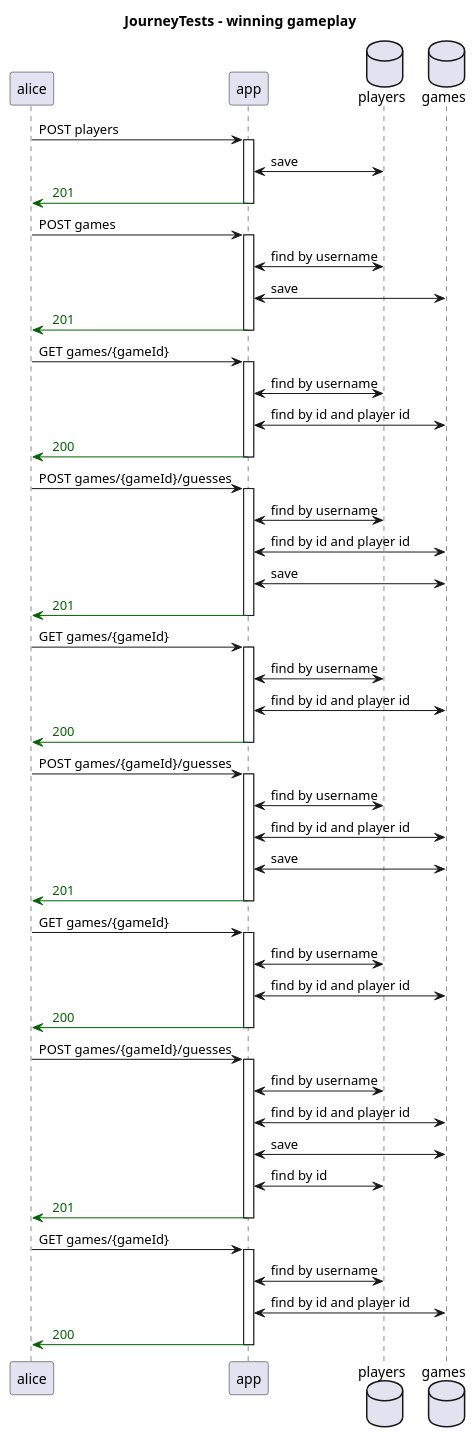
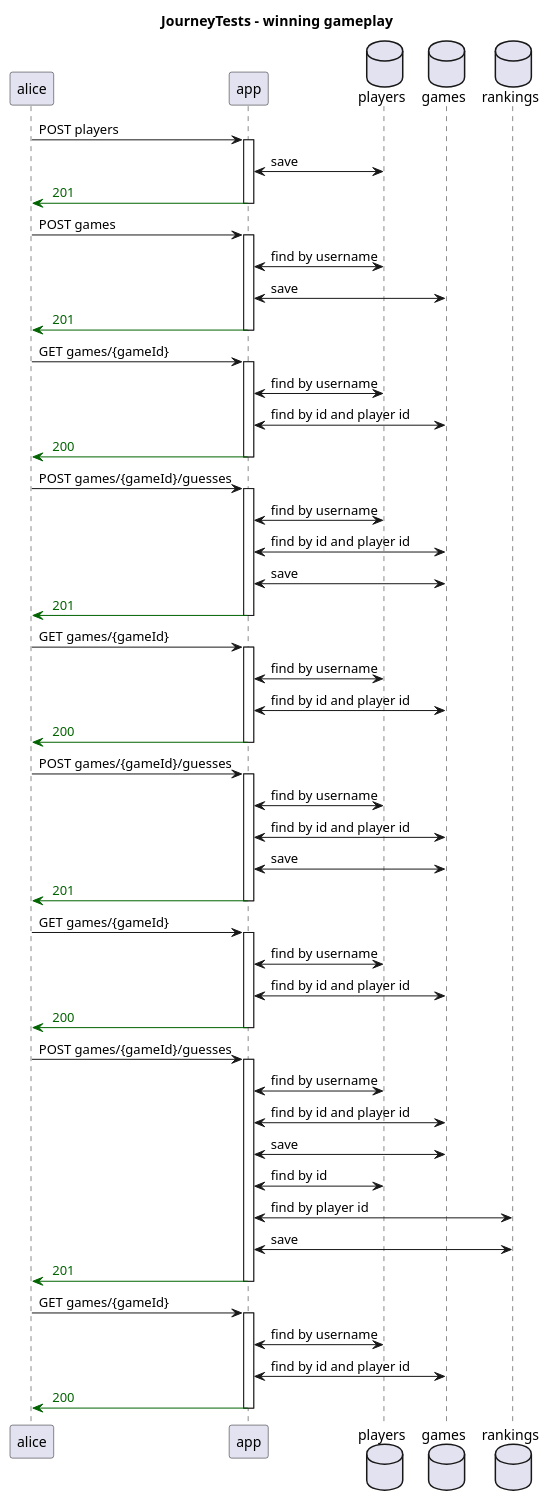
The diagram in docs/system/generated/JourneyTests - winning gameplay - Sequence.puml (th3n3rd/http4k-playground), drawn with PlantUML before and after one commit. The commit also changed 6 other files, not shown here.

```diff
--- a/docs/system/generated/JourneyTests - winning gameplay - Sequence.puml
+++ b/docs/system/generated/JourneyTests - winning gameplay - Sequence.puml
@@ -1,64 +1,67 @@
 @startuml
 title JourneyTests - winning gameplay
 participant "alice"
 participant "app"
 database "players"
 database "games"
+database "rankings"
 "alice" -> "app": POST players
 activate "app"
 "app" <-> "players": save
 "app" -[#DarkGreen]> "alice": <color:DarkGreen> 201 
 deactivate "app"
 "alice" -> "app": POST games
 activate "app"
 "app" <-> "players": find by username
 "app" <-> "games": save
 "app" -[#DarkGreen]> "alice": <color:DarkGreen> 201 
 deactivate "app"
 "alice" -> "app": GET games/{gameId}
 activate "app"
 "app" <-> "players": find by username
 "app" <-> "games": find by id and player id
 "app" -[#DarkGreen]> "alice": <color:DarkGreen> 200 
 deactivate "app"
 "alice" -> "app": POST games/{gameId}/guesses
 activate "app"
 "app" <-> "players": find by username
 "app" <-> "games": find by id and player id
 "app" <-> "games": save
 "app" -[#DarkGreen]> "alice": <color:DarkGreen> 201 
 deactivate "app"
 "alice" -> "app": GET games/{gameId}
 activate "app"
 "app" <-> "players": find by username
 "app" <-> "games": find by id and player id
 "app" -[#DarkGreen]> "alice": <color:DarkGreen> 200 
 deactivate "app"
 "alice" -> "app": POST games/{gameId}/guesses
 activate "app"
 "app" <-> "players": find by username
 "app" <-> "games": find by id and player id
 "app" <-> "games": save
 "app" -[#DarkGreen]> "alice": <color:DarkGreen> 201 
 deactivate "app"
 "alice" -> "app": GET games/{gameId}
 activate "app"
 "app" <-> "players": find by username
 "app" <-> "games": find by id and player id
 "app" -[#DarkGreen]> "alice": <color:DarkGreen> 200 
 deactivate "app"
 "alice" -> "app": POST games/{gameId}/guesses
 activate "app"
 "app" <-> "players": find by username
 "app" <-> "games": find by id and player id
 "app" <-> "games": save
 "app" <-> "players": find by id
+"app" <-> "rankings": find by player id
+"app" <-> "rankings": save
 "app" -[#DarkGreen]> "alice": <color:DarkGreen> 201 
 deactivate "app"
 "alice" -> "app": GET games/{gameId}
 activate "app"
 "app" <-> "players": find by username
 "app" <-> "games": find by id and player id
 "app" -[#DarkGreen]> "alice": <color:DarkGreen> 200 
 deactivate "app"
 @enduml
```
